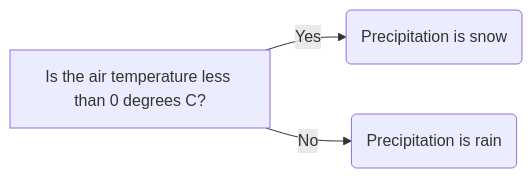
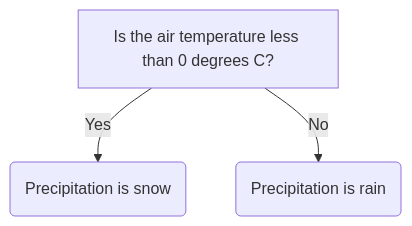
One commit to CUB-Data-Visualization/group-info-class-2026 changed the diagram in sierra_weirens_template.qmd. Above: the diagram before and after it, drawn with Mermaid. The commit also changed other lines of this file and 1 other file, not shown here.

````diff
--- a/sierra_weirens_template.qmd
+++ b/sierra_weirens_template.qmd
@@ -36,7 +36,7 @@
 ```{mermaid}
 %%| label: fig-chart
-%%| fig-cap: Simple flowchart to figure out if precipitation is more likely to be snow or rain.
-graph LR
+%%| fig-cap: Simple flowchart to figure out if precipitation is more likely snow or rain.
+graph TB
     A[Is the air temperature less than 0 degrees C?] -->|Yes| B(Precipitation is snow)
     A --> |No| C(Precipitation is rain)
 ```
````
